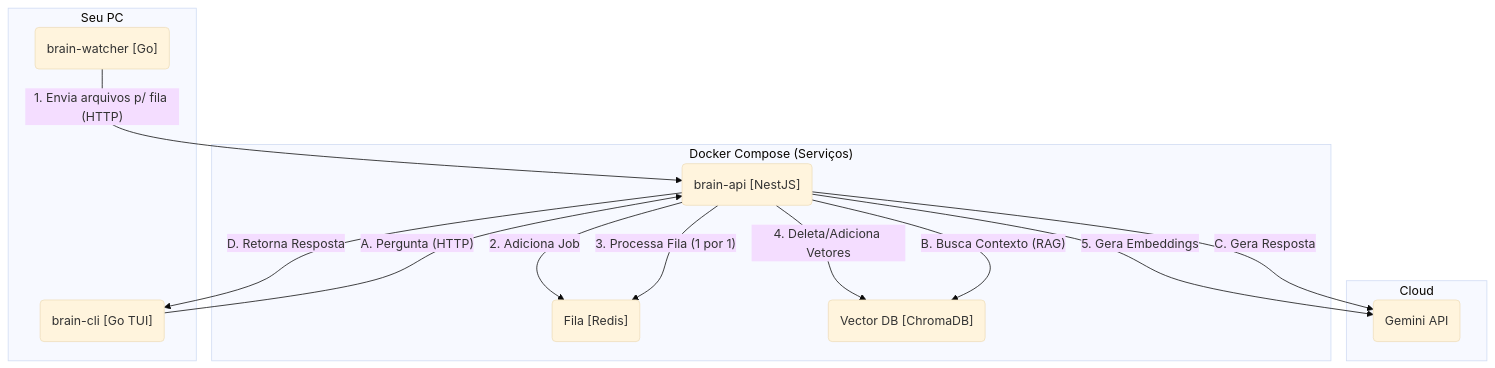
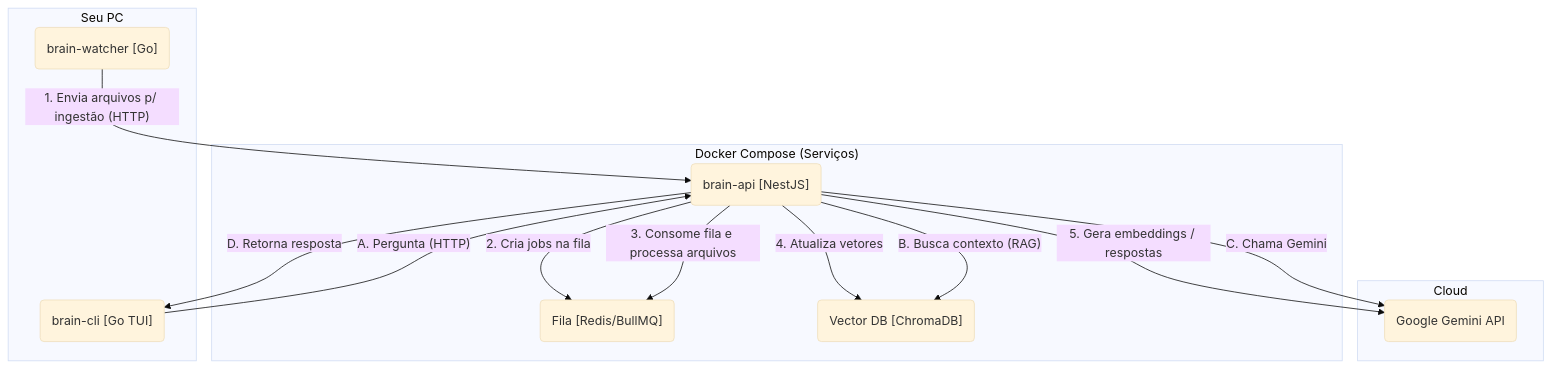
The diagram in README.md (lilith0403/Brain), drawn with Mermaid (base theme) before and after one commit. The commit also changed other lines of this file, not shown here.

````diff
--- a/README.md
+++ b/README.md
@@ -22,28 +56,28 @@
 ```mermaid
 graph TD
     subgraph "Seu PC"
         Watcher("brain-watcher [Go]")
         CLI("brain-cli [Go TUI]")
     end
 
     subgraph "Docker Compose (Serviços)"
         API("brain-api [NestJS]")
-        Queue("Fila [Redis]")
+        Queue("Fila [Redis/BullMQ]")
         DB("Vector DB [ChromaDB]")
     end
 
     subgraph "Cloud"
-        Gemini("Gemini API")
+        Gemini("Google Gemini API")
     end
 
-    Watcher -- "1. Envia arquivos p/ fila (HTTP)" --> API
-    API -- "2. Adiciona Job" --> Queue
-    API -- "3. Processa Fila (1 por 1)" --> Queue
-    API -- "4. Deleta/Adiciona Vetores" --> DB
-    API -- "5. Gera Embeddings" --> Gemini
+    Watcher -- "1. Envia arquivos p/ ingestão (HTTP)" --> API
+    API -- "2. Cria jobs na fila" --> Queue
+    API -- "3. Consome fila e processa arquivos" --> Queue
+    API -- "4. Atualiza vetores" --> DB
+    API -- "5. Gera embeddings / respostas" --> Gemini
 
     CLI -- "A. Pergunta (HTTP)" --> API
-    API -- "B. Busca Contexto (RAG)" --> DB
-    API -- "C. Gera Resposta" --> Gemini
-    API -- "D. Retorna Resposta" --> CLI
+    API -- "B. Busca contexto (RAG)" --> DB
+    API -- "C. Chama Gemini" --> Gemini
+    API -- "D. Retorna resposta" --> CLI
 ```
````
